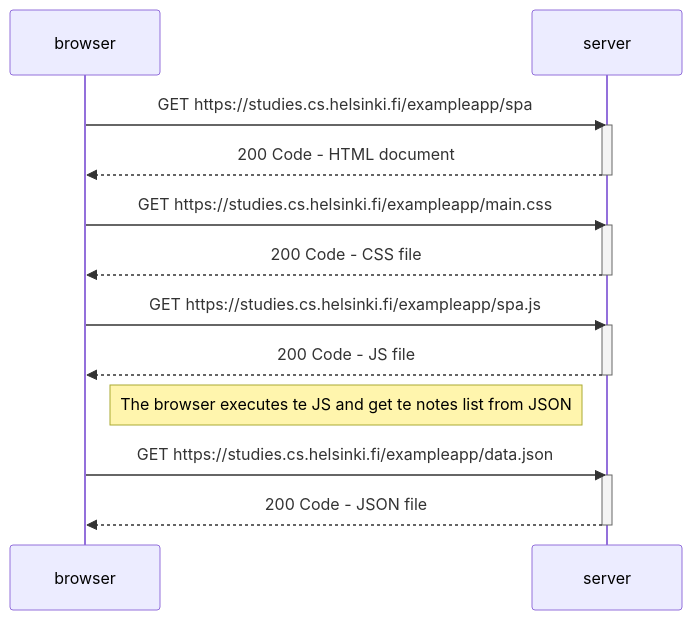
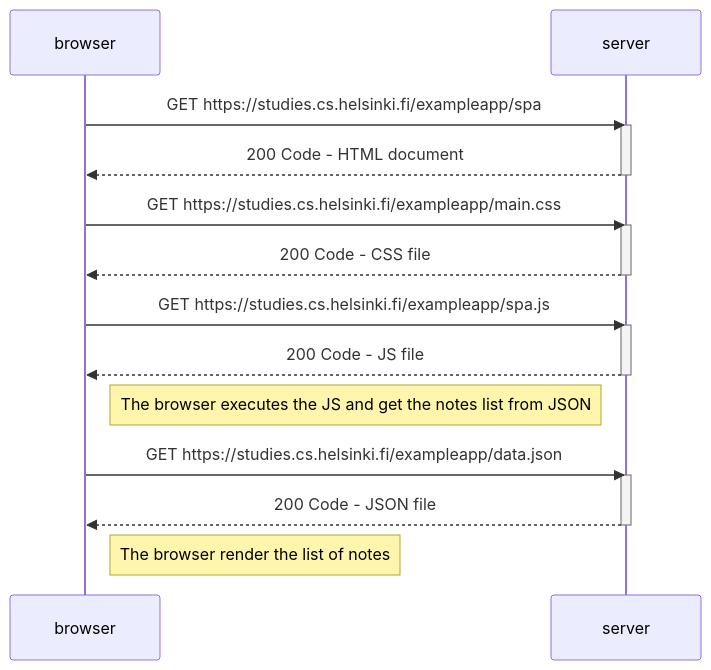
One commit to alecko/Fullstack changed the diagram in part0/0.5 Diagram.md. Above: the diagram before and after it, drawn with Mermaid. The commit also changed 2 other files, not shown here.

Commit message:
Updated Diagrams

````diff
--- a/part0/0.5 Diagram.md
+++ b/part0/0.5 Diagram.md
@@ -2,29 +2,29 @@
 ```mermaid
 sequenceDiagram
     participant browser
     participant server
 
     browser->>server: GET https://studies.cs.helsinki.fi/exampleapp/spa
     activate server
     server-->>browser: 200 Code - HTML document
     deactivate server
 
     browser->>server: GET https://studies.cs.helsinki.fi/exampleapp/main.css
     activate server
     server-->>browser: 200 Code - CSS file
     deactivate server
 
     browser->>server: GET https://studies.cs.helsinki.fi/exampleapp/spa.js
     activate server
     server-->>browser: 200 Code - JS file
     deactivate server
 
-    Note right of browser: The browser executes te JS and get te notes list from JSON
+    Note right of browser: The browser executes the JS and get the notes list from JSON
 
     browser->>server: GET https://studies.cs.helsinki.fi/exampleapp/data.json
     activate server
     server-->>browser: 200 Code - JSON file
     deactivate server
 
-   
+    Note right of browser: The browser render the list of notes
 ```
````
